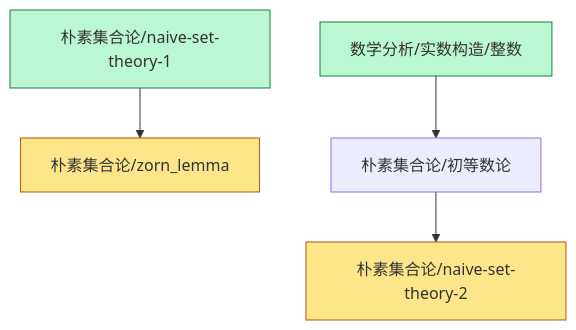
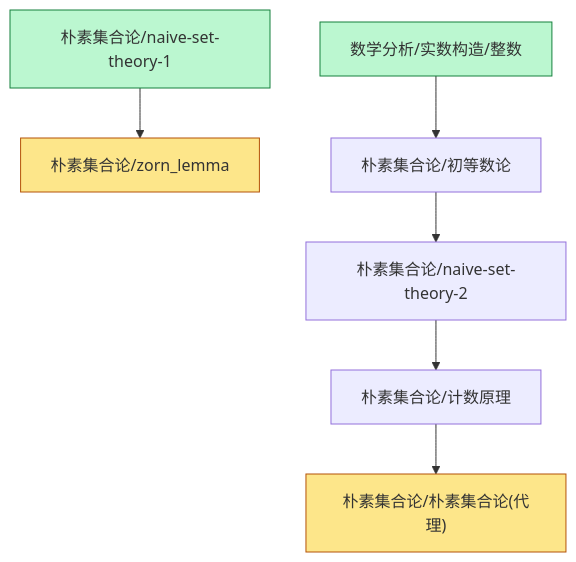
One commit to zeroDtree/zeroDtree.github.io changed the diagram in content/朴素集合论/dependency_graph.md. Above: the diagram before and after it, drawn with Mermaid. The commit also changed 17 other files, not shown here.

Commit message:
Refactor dependency graphs and update prerequisite links across mathematical documents. Introduced new content on counting principles and naive set theory, while enhancing clarity in logical dependencies and ensuring consistent terminology throughout the mathematical framework.

````diff
--- a/content/朴素集合论/dependency_graph.md
+++ b/content/朴素集合论/dependency_graph.md
@@ -1,10 +1,12 @@
 ```mermaid
 graph TD
 1["朴素集合论/naive-set-theory-1"] --> 0["朴素集合论/zorn_lemma"]
 3["数学分析/实数构造/整数"] --> 2["朴素集合论/初等数论"]
-2["朴素集合论/初等数论"] --> 4["朴素集合论/naive-set-theory-2"]
+5["朴素集合论/naive-set-theory-2"] --> 4["朴素集合论/计数原理"]
+2["朴素集合论/初等数论"] --> 5["朴素集合论/naive-set-theory-2"]
+4["朴素集合论/计数原理"] --> 6["朴素集合论/朴素集合论(代理)"]
 classDef leaf fill:#fde68a,stroke:#b45309
-class 0,4 leaf
+class 0,6 leaf
 classDef foundationRoot fill:#bbf7d0,stroke:#15803d
 class 1,3 foundationRoot
 ```
````
